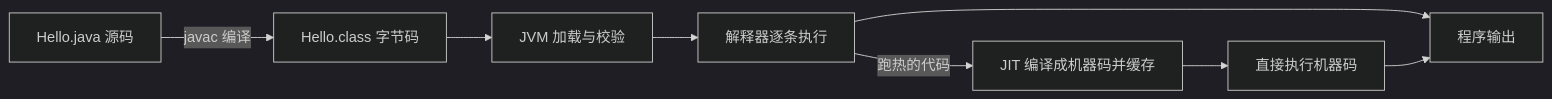
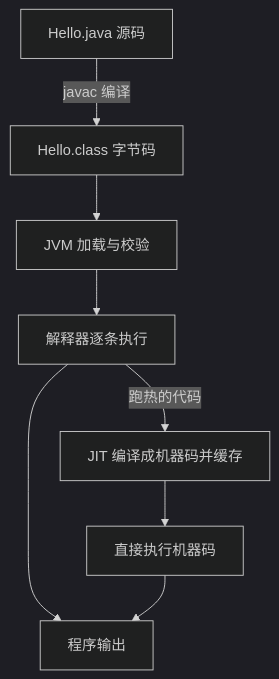
The diagram in src/content/knowledge/java/what-is-java.md (xz333221/liuguang-coding), drawn with Mermaid (dark theme) before and after one commit. The commit also changed 2 other files, not shown here.

Commit message:
feat(kb): mermaid 流程图点击放大全屏查看
- 点图或右上角「放大」进全屏层,SVG 按可用空间 fit,Esc/点空白/关闭按钮退出
- 全屏样式与知识地图同一套视觉语言,深浅主题自适应
- what-is-java 的执行流程图改纵向,inline 状态文字不再缩成蚂蚁

````diff
--- a/src/content/knowledge/java/what-is-java.md
+++ b/src/content/knowledge/java/what-is-java.md
@@ -95,10 +95,10 @@
 ```mermaid
-flowchart LR
+flowchart TD
   S[Hello.java 源码] -->|javac 编译| B[Hello.class 字节码]
   B --> V[JVM 加载与校验]
   V --> I[解释器逐条执行]
   I -->|跑热的代码| J[JIT 编译成机器码并缓存]
   J --> M[直接执行机器码]
   I --> O[程序输出]
   M --> O
 ```
````
